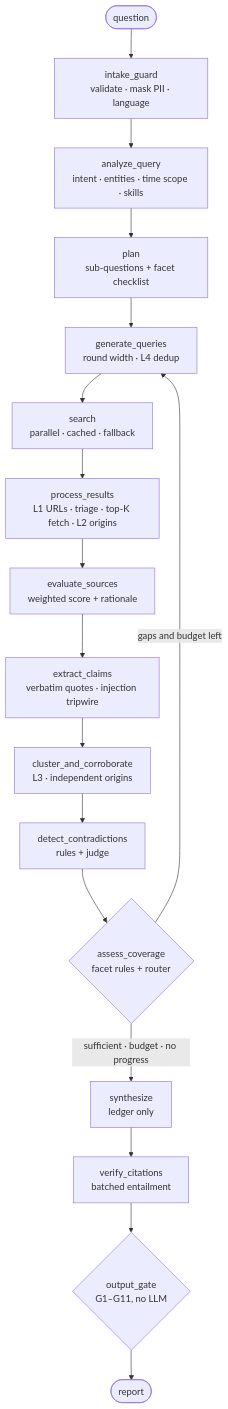
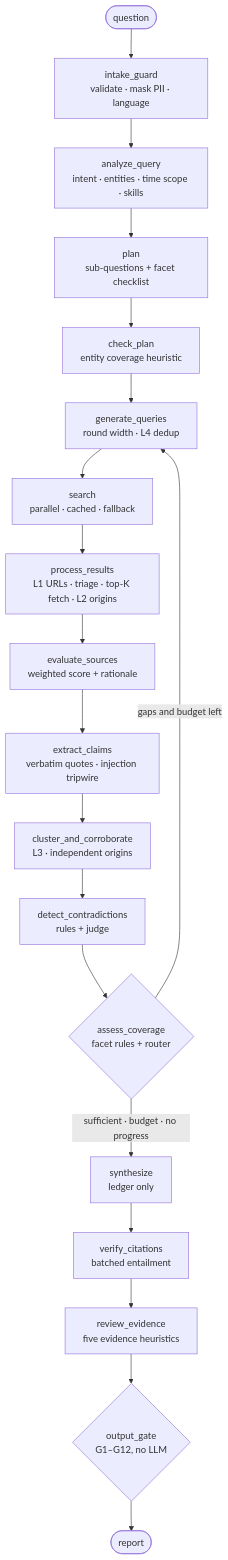
Before and after one commit to aemreusta/ai-research-agent: the second of 2 diagrams in README.md, drawn with Mermaid. The commit also changed other lines of this file and 6 other files, not shown here.

Commit message:
docs: explain model choices heuristic review and measured research limits

````diff
--- a/README.md
+++ b/README.md
@@ -127,19 +166,21 @@
 ```mermaid
 flowchart TD
     Q([question]) --> IG[intake_guard<br/>validate · mask PII · language]
     IG --> A[analyze_query<br/>intent · entities · time scope · skills]
     A --> P[plan<br/>sub-questions + facet checklist]
-    P --> G[generate_queries<br/>round width · L4 dedup]
+    P --> HP[check_plan<br/>entity coverage heuristic]
+    HP --> G[generate_queries<br/>round width · L4 dedup]
     G --> S[search<br/>parallel · cached · fallback]
     S --> R[process_results<br/>L1 URLs · triage · top-K fetch · L2 origins]
     R --> E[evaluate_sources<br/>weighted score + rationale]
     E --> X[extract_claims<br/>verbatim quotes · injection tripwire]
     X --> C[cluster_and_corroborate<br/>L3 · independent origins]
     C --> D[detect_contradictions<br/>rules + judge]
     D --> V{assess_coverage<br/>facet rules + router}
     V -- gaps and budget left --> G
     V -- sufficient · budget · no progress --> Y[synthesize<br/>ledger only]
     Y --> Z[verify_citations<br/>batched entailment]
-    Z --> GT{output_gate<br/>G1–G11, no LLM}
+    Z --> HE[review_evidence<br/>five evidence heuristics]
+    HE --> GT{output_gate<br/>G1–G12, no LLM}
     GT --> O([report])
 ```
````
